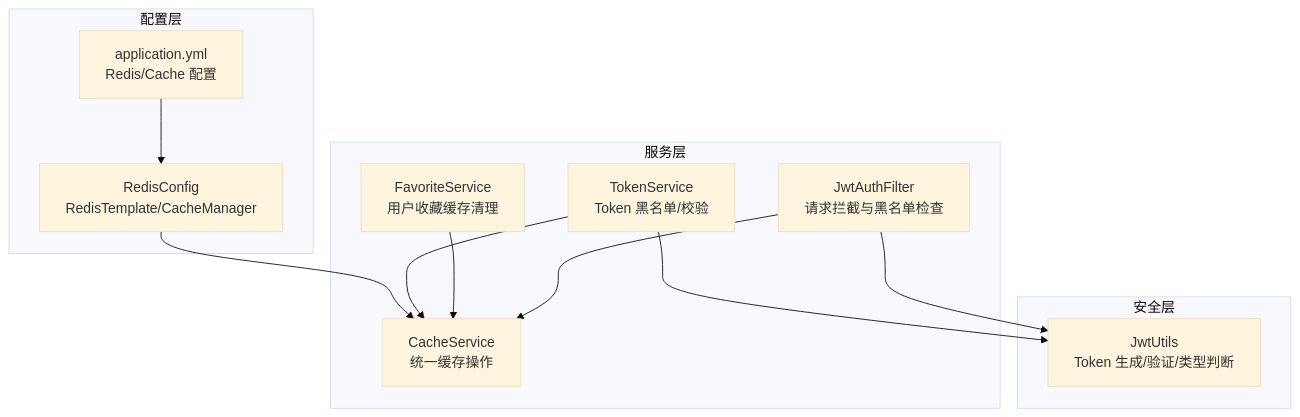
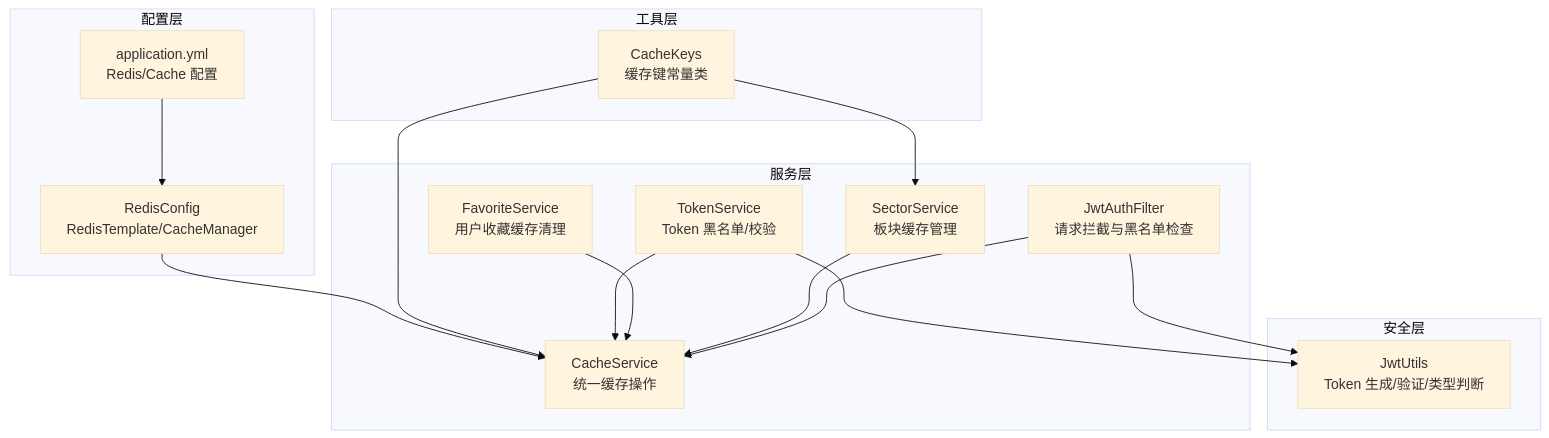
Before and after one commit to PersonNoName/FreeTrader: the first of 9 diagrams in .qoder/repowiki/zh/content/后端系统/服务层设计/缓存服务.md, drawn with Mermaid (base theme). The commit also changed other lines of this file and 10 other files, not shown here.

````diff
--- a/.qoder/repowiki/zh/content/后端系统/服务层设计/缓存服务.md
+++ b/.qoder/repowiki/zh/content/后端系统/服务层设计/缓存服务.md
@@ -33,23 +44,30 @@
 ```mermaid
 graph TB
 subgraph "配置层"
 RC["RedisConfig<br/>RedisTemplate/CacheManager"]
 APPYML["application.yml<br/>Redis/Cache 配置"]
 end
+subgraph "工具层"
+CK["CacheKeys<br/>缓存键常量类"]
+end
 subgraph "服务层"
 CS["CacheService<br/>统一缓存操作"]
 TS["TokenService<br/>Token 黑名单/校验"]
 FS["FavoriteService<br/>用户收藏缓存清理"]
+SS["SectorService<br/>板块缓存管理"]
 JAF["JwtAuthFilter<br/>请求拦截与黑名单检查"]
 end
 subgraph "安全层"
 JU["JwtUtils<br/>Token 生成/验证/类型判断"]
 end
 APPYML --> RC
 RC --> CS
+CK --> CS
+CK --> SS
 TS --> CS
 FS --> CS
+SS --> CS
 JAF --> CS
 TS --> JU
 JAF --> JU
 ```
````
